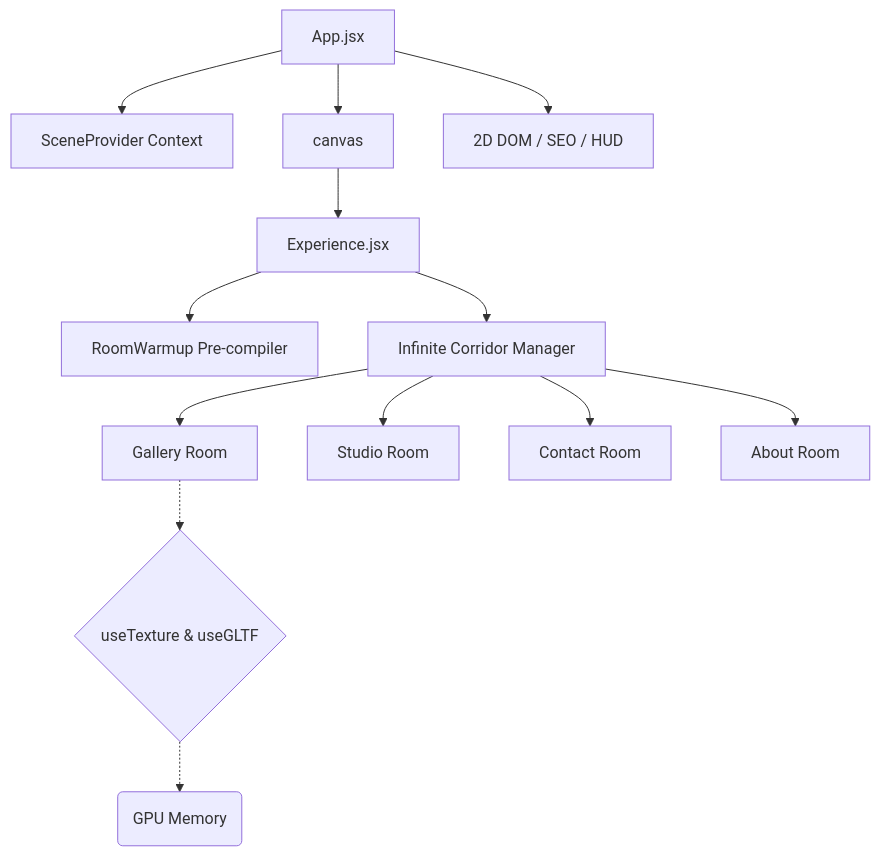
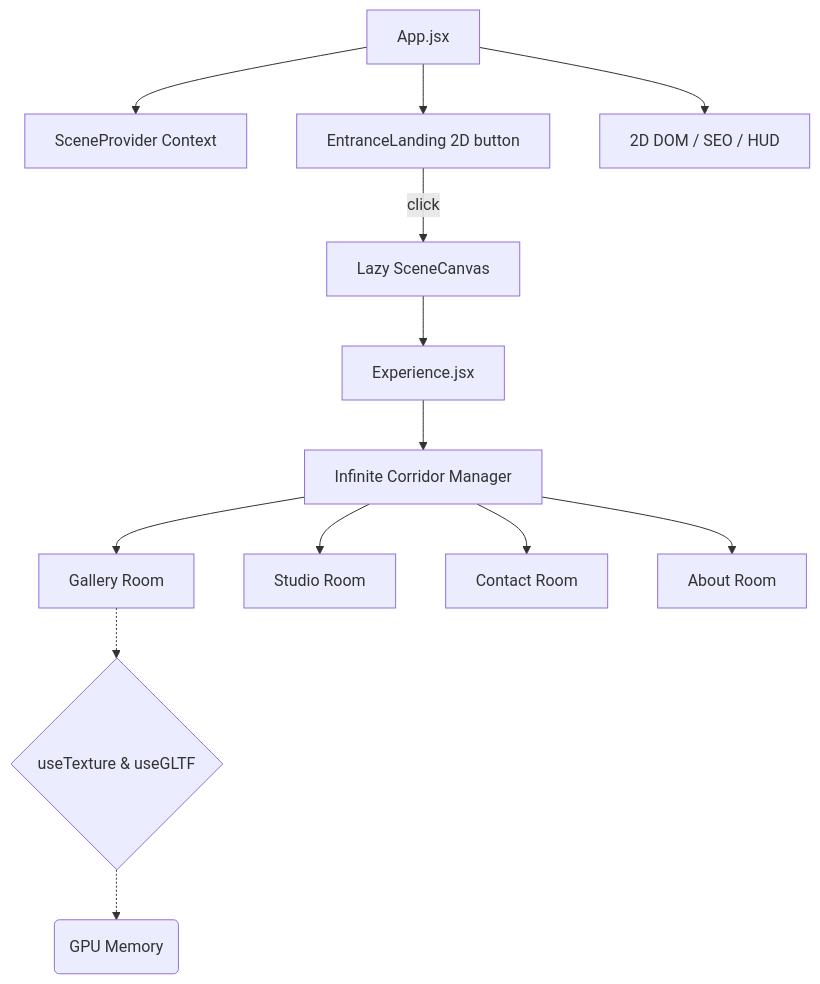
The diagram in README.md (ciweir/ciwei-3d), drawn with Mermaid before and after one commit. The commit also changed other lines of this file and 60 other files, not shown here.

````diff
--- a/README.md
+++ b/README.md
@@ -35,18 +35,18 @@
 ```mermaid
 graph TD;
     A[App.jsx] --> B[SceneProvider Context];
-    A --> C[canvas];
+    A --> L[EntranceLanding 2D button];
+    L -->|click| C[Lazy SceneCanvas];
     A --> D[2D DOM / SEO / HUD];
 
     C --> E[Experience.jsx];
-    E --> F[RoomWarmup Pre-compiler];
     E --> G[Infinite Corridor Manager];
 
     G --> H[Gallery Room];
     G --> I[Studio Room];
     G --> J[Contact Room];
     G --> K[About Room];
 
-    H -.-> L{useTexture & useGLTF};
-    L -.-> M(GPU Memory);
+    H -.-> M{useTexture & useGLTF};
+    M -.-> N(GPU Memory);
 ```
````
